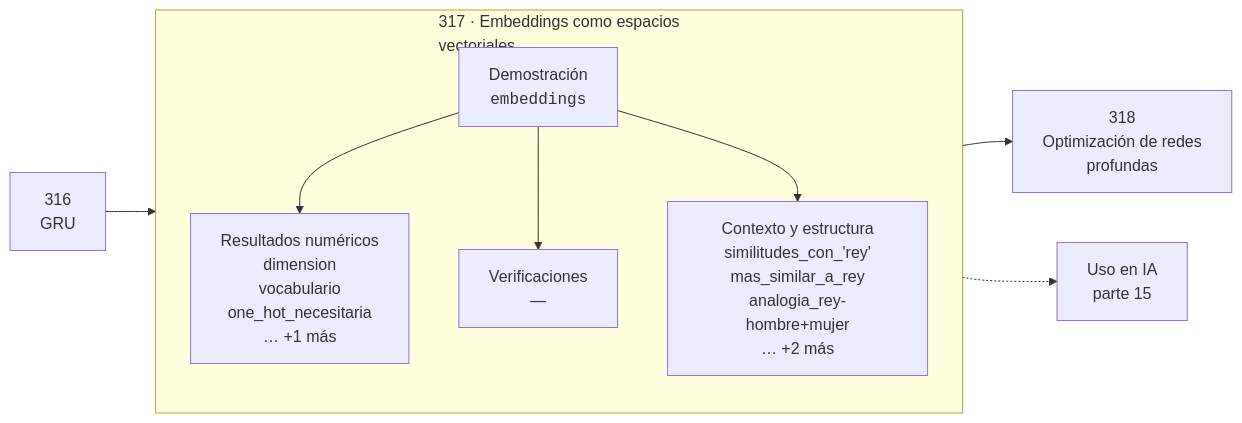
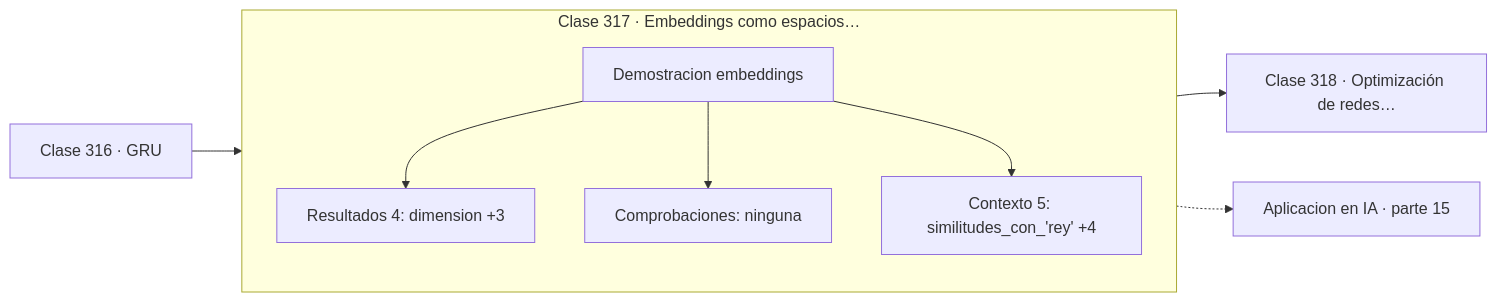
One commit to vladimiracunadev-create/computational-mathematics-program changed the diagram in classes/part-15-matematica-de-deep-learning/317-embeddings-como-espacios-vectoriales/README.md. Above: the diagram before and after it, drawn with Mermaid. The commit also changed 389 other files, not shown here.

First line of the commit message:
fix(diagramas): elimina el HTML de las etiquetas Mermaid

````diff
--- a/classes/part-15-matematica-de-deep-learning/317-embeddings-como-espacios-vectoriales/README.md
+++ b/classes/part-15-matematica-de-deep-learning/317-embeddings-como-espacios-vectoriales/README.md
@@ -30,12 +30,13 @@
 ```mermaid
 flowchart LR
-    P["316<br/>GRU"] --> C
-    subgraph C["317 · Embeddings como espacios<br/>vectoriales"]
+    P["Clase 316 · GRU"] --> D
+    subgraph CLASE["Clase 317 · Embeddings como espacios…"]
         direction TB
-        D["Demostración<br/><code>embeddings</code>"] --> R["Resultados numéricos<br/>dimension<br/>vocabulario<br/>one_hot_necesitaria<br/>… +1 más"]
-        D --> V["Verificaciones<br/>—"]
-        D --> O["Contexto y estructura<br/>similitudes_con_'rey'<br/>mas_similar_a_rey<br/>analogia_rey-hombre+mujer<br/>… +2 más"]
+        D["Demostracion embeddings"]
+        D --> R["Resultados 4: dimension +3"]
+        D --> V["Comprobaciones: ninguna"]
+        D --> O["Contexto 5: similitudes_con_'rey' +4"]
     end
-    C --> N["318<br/>Optimización de redes<br/>profundas"]
-    C -.-> IA["Uso en IA<br/>parte 15"]
+    R --> N["Clase 318 · Optimización de redes…"]
+    V -.-> IA["Aplicacion en IA · parte 15"]
 ```
````
